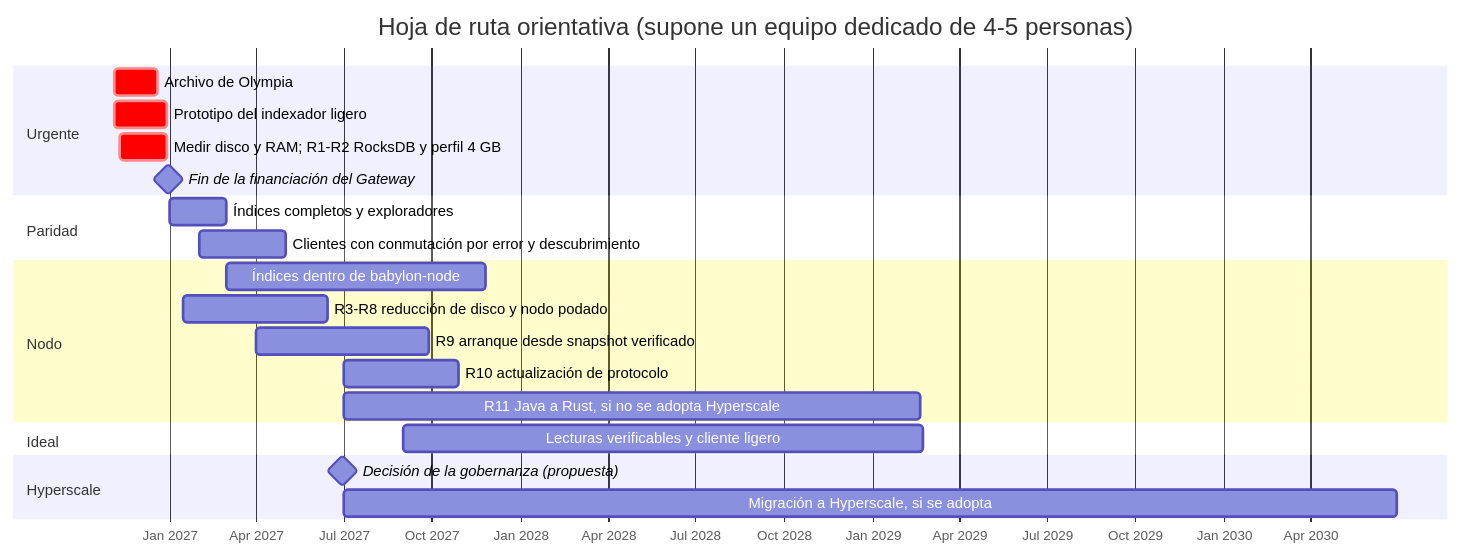
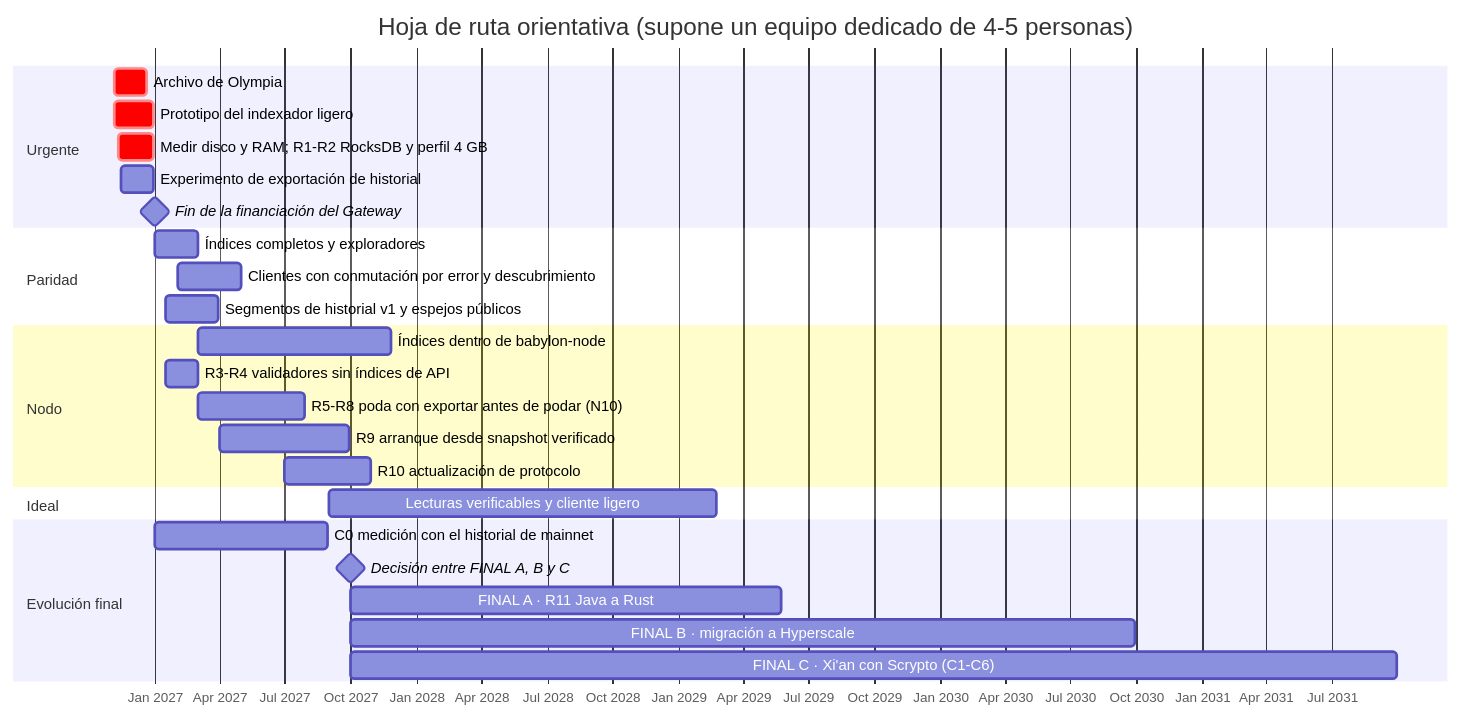
Before and after one commit to dazligth/radix-decentralization-roadmap: the diagram in docs/es/08-hoja-de-ruta.md, drawn with Mermaid. The commit also changed other lines of this file and 32 other files, not shown here.

First line of the commit message:
Add chapter 13, decentralised history, detailed roadmap and review fixes

````diff
--- a/docs/es/08-hoja-de-ruta.md
+++ b/docs/es/08-hoja-de-ruta.md
@@ -12,25 +12,30 @@
 ```mermaid
 gantt
     title Hoja de ruta orientativa (supone un equipo dedicado de 4-5 personas)
     dateFormat YYYY-MM-DD
     axisFormat %b %Y
     section Urgente
     Archivo de Olympia                       :crit, 2026-11-05, 45d
     Prototipo del indexador ligero           :crit, 2026-11-05, 55d
     Medir disco y RAM; R1-R2 RocksDB y perfil 4 GB :crit, 2026-11-10, 50d
+    Experimento de exportación de historial  :2026-11-15, 45d
     Fin de la financiación del Gateway       :milestone, 2026-12-31, 0d
     section Paridad
     Índices completos y exploradores         :2027-01-01, 60d
     Clientes con conmutación por error y descubrimiento   :2027-02-01, 90d
+    Segmentos de historial v1 y espejos públicos :2027-01-15, 75d
     section Nodo
     Índices dentro de babylon-node           :2027-03-01, 270d
-    R3-R8 reducción de disco y nodo podado   :2027-01-15, 150d
+    R3-R4 validadores sin índices de API     :2027-01-15, 45d
+    R5-R8 poda con exportar antes de podar (N10) :2027-03-01, 150d
     R9 arranque desde snapshot verificado    :2027-04-01, 180d
     R10 actualización de protocolo           :2027-07-01, 120d
-    R11 Java a Rust, si no se adopta Hyperscale :2027-07-01, 600d
     section Ideal
     Lecturas verificables y cliente ligero   :2027-09-01, 540d
-    section Hyperscale
-    Decisión de la gobernanza (propuesta)    :milestone, 2027-06-30, 0d
-    Migración a Hyperscale, si se adopta     :2027-07-01, 1095d
+    section Evolución final
+    C0 medición con el historial de mainnet  :2027-01-01, 240d
+    Decisión entre FINAL A, B y C    :milestone, 2027-09-30, 0d
+    FINAL A · R11 Java a Rust                      :2027-10-01, 600d
+    FINAL B · migración a Hyperscale               :2027-10-01, 1095d
+    FINAL C · Xi'an con Scrypto (C1-C6)            :2027-10-01, 1460d
 ```
````
